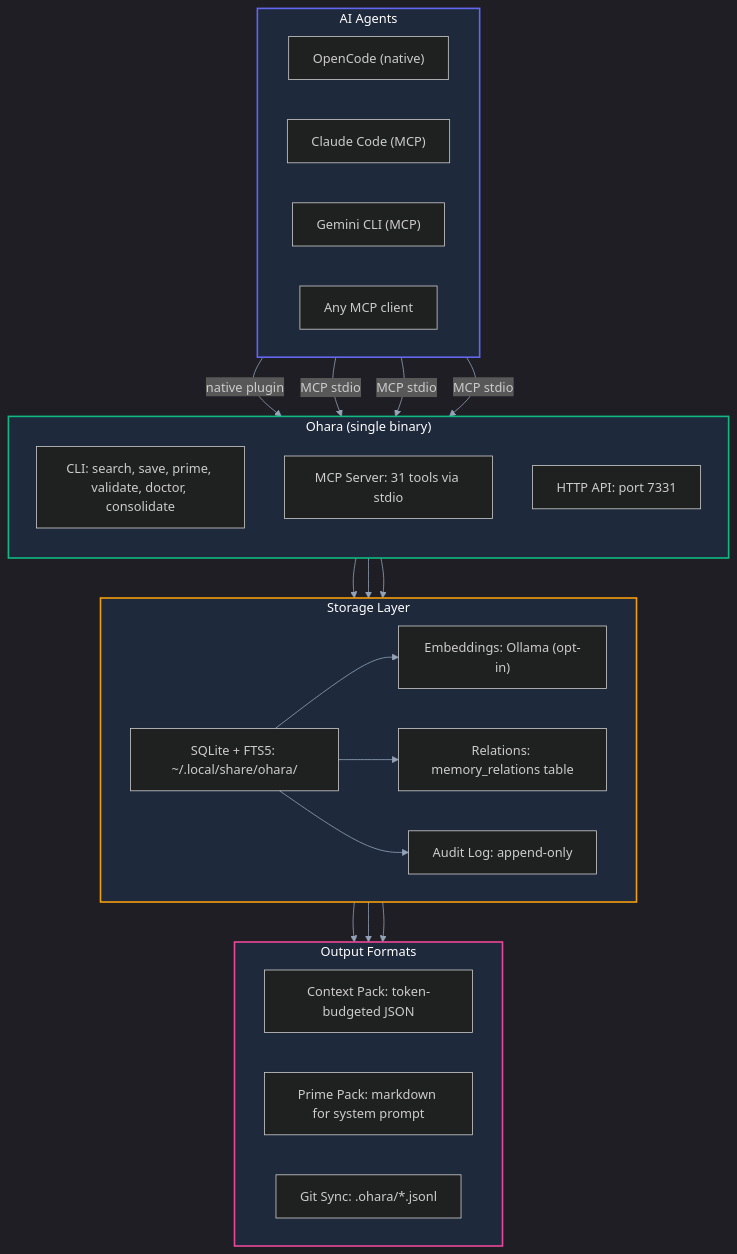
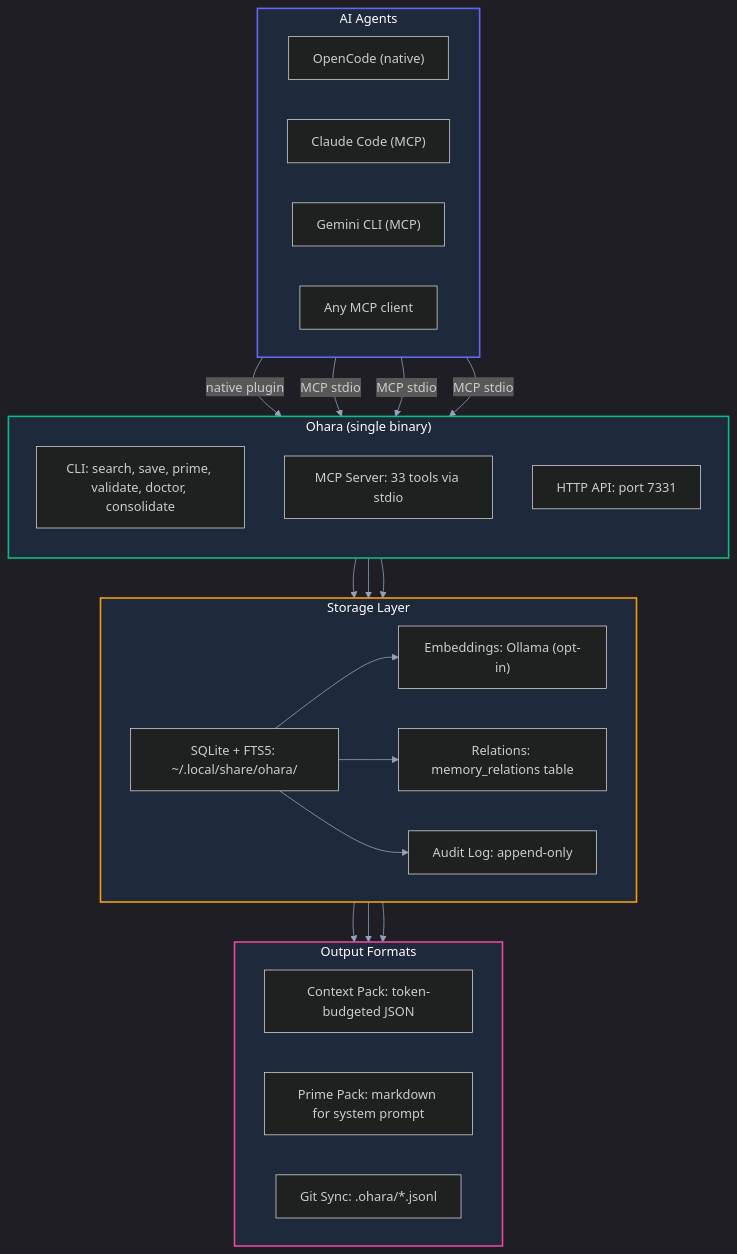
Before and after one commit to ashwnn/ohara: the first of 3 diagrams in README.md, drawn with Mermaid. The commit also changed other lines of this file and 6 other files, not shown here.

````diff
--- a/README.md
+++ b/README.md
@@ -23,54 +23,54 @@
 ```mermaid
 %%{init: {'theme': 'dark', 'themeVariables': { 'primaryColor': '#6366f1', 'primaryTextColor': '#fff', 'primaryBorderColor': '#818cf8', 'lineColor': '#94a3b8', 'secondaryColor': '#10b981', 'tertiaryColor': '#f59e0b'}}}%%
 graph TB
     subgraph Agents["AI Agents"]
         direction LR
         OC["OpenCode (native)"]
         CC["Claude Code (MCP)"]
         GC["Gemini CLI (MCP)"]
         ANY["Any MCP client"]
     end
 
     subgraph Ohara["Ohara (single binary)"]
         direction TB
         CLI["CLI: search, save, prime, validate, doctor, consolidate"]
-        MCP["MCP Server: 31 tools via stdio"]
+        MCP["MCP Server: 33 tools via stdio"]
         HTTP["HTTP API: port 7331"]
     end
 
     subgraph Storage["Storage Layer"]
         direction LR
         DB["SQLite + FTS5: ~/.local/share/ohara/"]
         EMB["Embeddings: Ollama (opt-in)"]
         REL["Relations: memory_relations table"]
         AUD["Audit Log: append-only"]
     end
 
     subgraph Output["Output Formats"]
         direction LR
         PACK["Context Pack: token-budgeted JSON"]
         PRIME["Prime Pack: markdown for system prompt"]
         SYNC["Git Sync: .ohara/*.jsonl"]
     end
 
     OC -->|native plugin| MCP
     CC -->|MCP stdio| MCP
     GC -->|MCP stdio| MCP
     ANY -->|MCP stdio| MCP
     CLI --> DB
     MCP --> DB
     HTTP --> DB
 
     DB --> EMB
     DB --> REL
     DB --> AUD
 
     DB --> PACK
     DB --> PRIME
     DB --> SYNC
 
     style Agents fill:#1e293b,stroke:#6366f1,stroke-width:2px,color:#fff
     style Ohara fill:#1e293b,stroke:#10b981,stroke-width:2px,color:#fff
     style Storage fill:#1e293b,stroke:#f59e0b,stroke-width:2px,color:#fff
     style Output fill:#1e293b,stroke:#ec4899,stroke-width:2px,color:#fff
 ```
````
